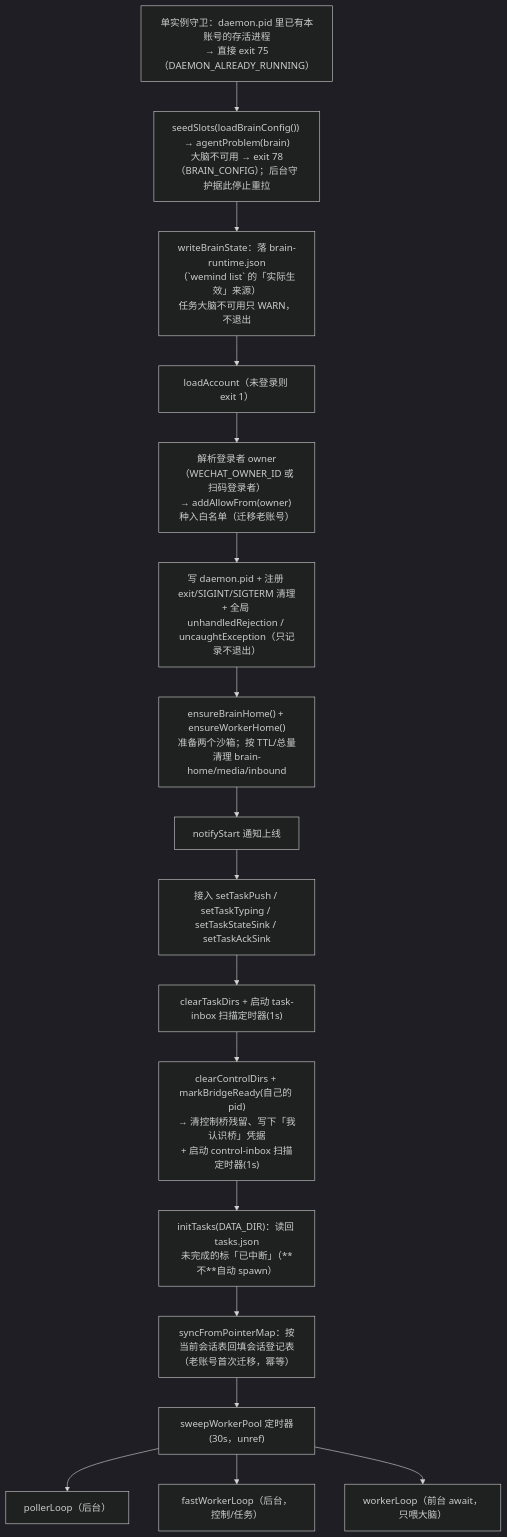
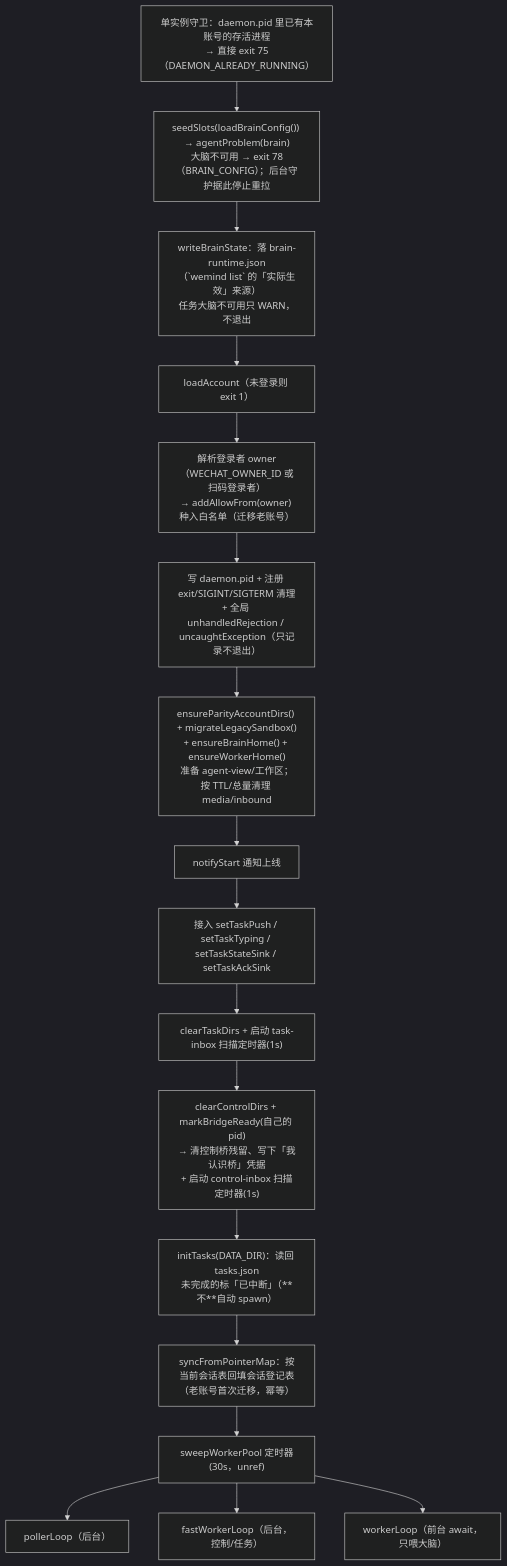
The first of 4 diagrams in docs/repowiki/05-daemon.md (imwangpan/WeMind), drawn with Mermaid (dark theme) before and after one commit. The commit also changed other lines of this file and 88 other files, not shown here.

First line of the commit message:
feat(agent-parity): 本机 Agent 终端等效工作模式

````diff
--- a/docs/repowiki/05-daemon.md
+++ b/docs/repowiki/05-daemon.md
@@ -100,20 +107,20 @@
 ```mermaid
 graph TD
     A["单实例守卫：daemon.pid 里已有本账号的存活进程<br/>→ 直接 exit 75（DAEMON_ALREADY_RUNNING）"]
     A --> B["seedSlots(loadBrainConfig()) → agentProblem(brain)<br/>大脑不可用 → exit 78（BRAIN_CONFIG）；后台守护据此停止重拉"]
     B --> B2["writeBrainState：落 brain-runtime.json<br/>（`wemind list` 的「实际生效」来源）<br/>任务大脑不可用只 WARN，不退出"]
     B2 --> C["loadAccount（未登录则 exit 1）"]
     C --> D["解析登录者 owner（WECHAT_OWNER_ID 或扫码登录者）<br/>→ addAllowFrom(owner) 种入白名单（迁移老账号）"]
     D --> E["写 daemon.pid + 注册 exit/SIGINT/SIGTERM 清理<br/>+ 全局 unhandledRejection / uncaughtException（只记录不退出）"]
-    E --> F["ensureBrainHome() + ensureWorkerHome()<br/>准备两个沙箱；按 TTL/总量清理 brain-home/media/inbound"]
+    E --> F["ensureParityAccountDirs() + migrateLegacySandbox()<br/>+ ensureBrainHome() + ensureWorkerHome()<br/>准备 agent-view/工作区；按 TTL/总量清理 media/inbound"]
     F --> G["notifyStart 通知上线"]
     G --> H["接入 setTaskPush / setTaskTyping / setTaskStateSink / setTaskAckSink"]
     H --> I["clearTaskDirs + 启动 task-inbox 扫描定时器(1s)"]
     I --> J["clearControlDirs + markBridgeReady(自己的 pid)<br/>→ 清控制桥残留、写下「我认识桥」凭据<br/>+ 启动 control-inbox 扫描定时器(1s)"]
     J --> K["initTasks(DATA_DIR)：读回 tasks.json<br/>未完成的标「已中断」（**不**自动 spawn）"]
     K --> L["syncFromPointerMap：按当前会话表回填会话登记表<br/>（老账号首次迁移，幂等）"]
     L --> M["sweepWorkerPool 定时器(30s，unref)"]
     M --> N["pollerLoop（后台）"]
     M --> O["fastWorkerLoop（后台，控制/任务）"]
     M --> P["workerLoop（前台 await，只喂大脑）"]
 ```
````
